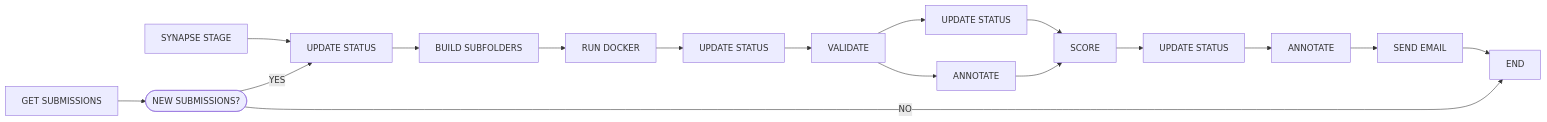
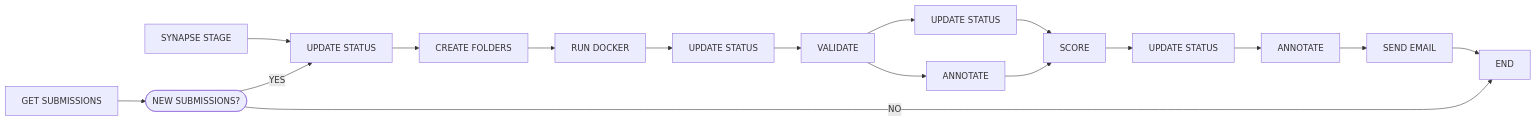
The first of 2 diagrams in README.md (vpchung/nf-synapse-challenge), drawn with Mermaid before and after one commit. The commit also changed 3 other files, not shown here.

````diff
--- a/README.md
+++ b/README.md
@@ -56,19 +56,19 @@
 ```mermaid
 flowchart LR;
     A[SYNAPSE STAGE]-->D[UPDATE STATUS];
     B[GET SUBMISSIONS]-->C([NEW SUBMISSIONS?]);
     C-->|YES|D;
     C-->|NO|END;
-    D-->E[BUILD SUBFOLDERS];
+    D-->E[CREATE FOLDERS];
     E-->F[RUN DOCKER];
 		F-->G[UPDATE STATUS];
     G-->H[VALIDATE];
     H-->I[UPDATE STATUS];
     H-->J[ANNOTATE];
     I-->K[SCORE];
     J-->K;
 		K-->L[UPDATE STATUS];
     L-->M[ANNOTATE];
 		M-->N[SEND EMAIL];
     N-->END;
 ```
````
